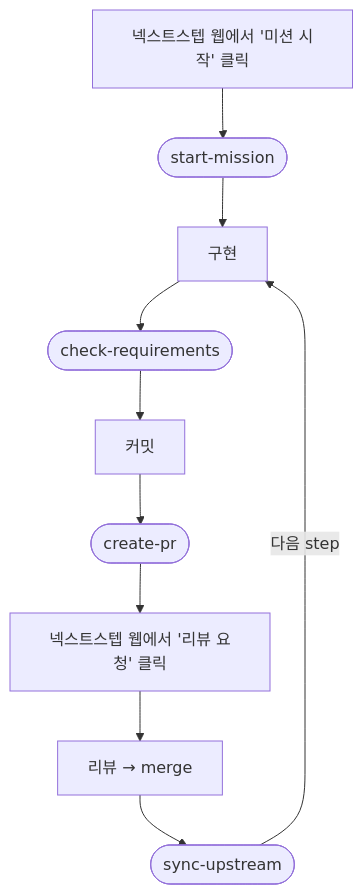
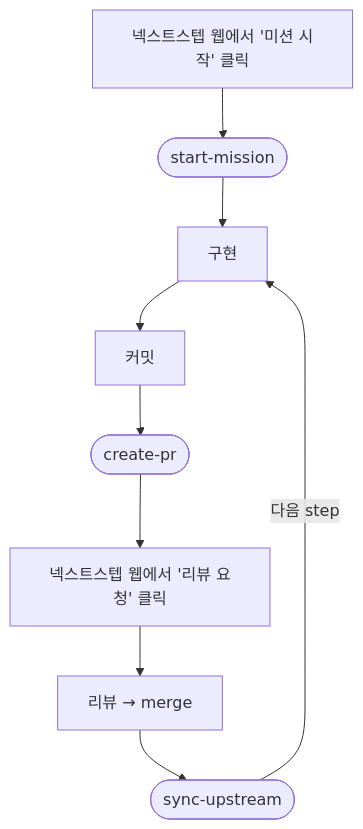
The diagram in README.md (parkchu/nextstep-skills), drawn with Mermaid before and after one commit. The commit also changed other lines of this file and 3 other files, not shown here.

First line of the commit message:
chore: check-requirements 스킬 제거

````diff
--- a/README.md
+++ b/README.md
@@ -149,12 +143,11 @@
 ```mermaid
 flowchart TD
     A[넥스트스텝 웹에서 '미션 시작' 클릭] --> B([start-mission])
     B --> C[구현]
-    C --> D([check-requirements])
-    D --> E[커밋]
+    C --> E[커밋]
     E --> F([create-pr])
     F --> G[넥스트스텝 웹에서 '리뷰 요청' 클릭]
     G --> H[리뷰 → merge]
     H --> I([sync-upstream])
     I -->|다음 step| C
 ```
````
